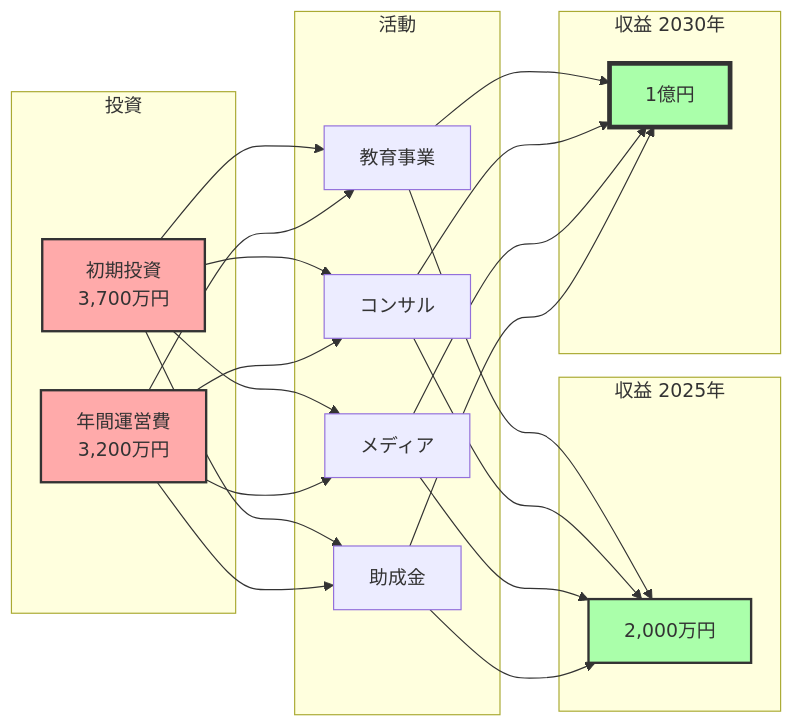
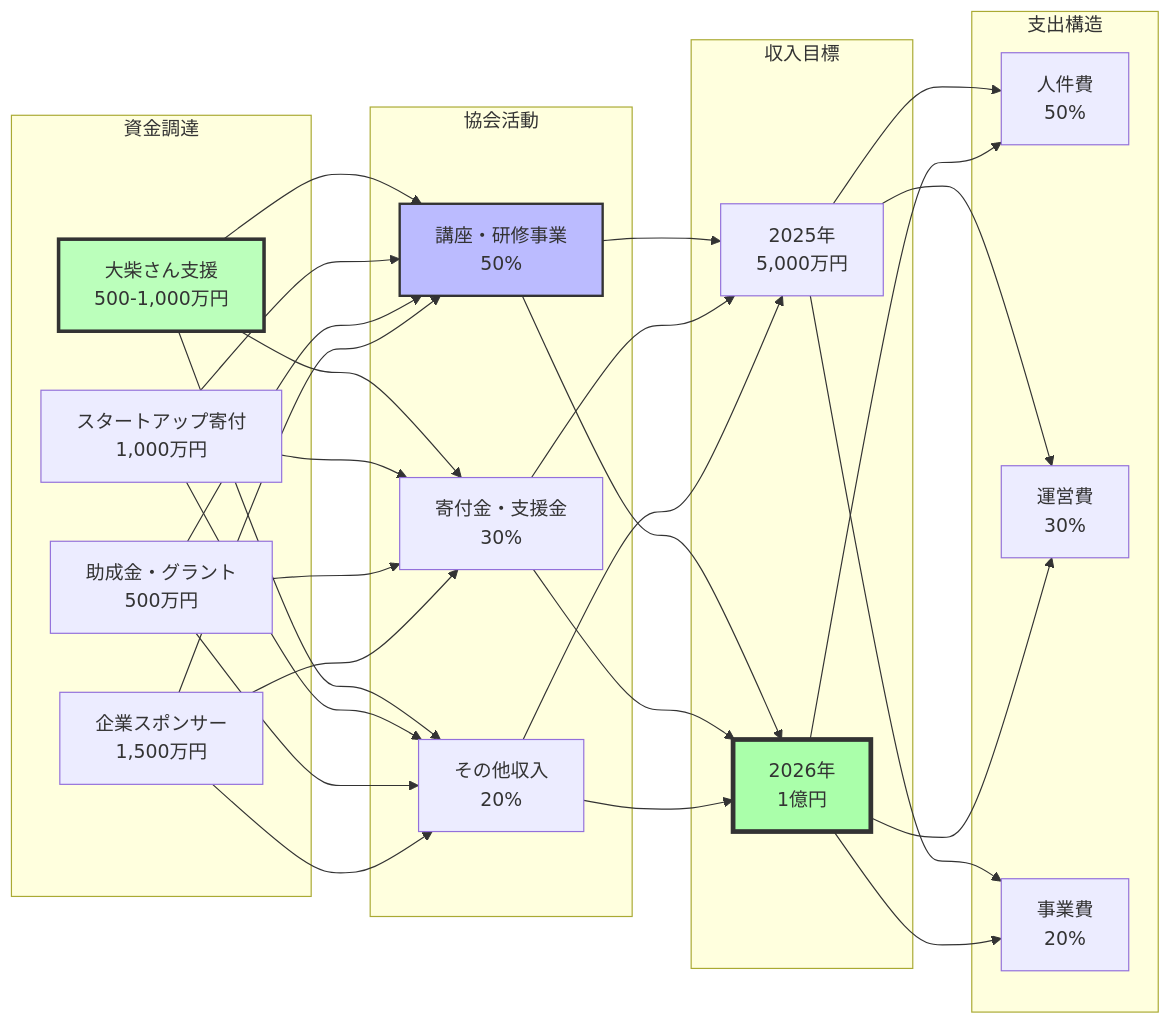
Before and after one commit to masudamasuda/AI_Mental_Self_Care: the fourth of 6 diagrams in AI-mental-health-integration-master.md, drawn with Mermaid. The commit also changed other lines of this file, not shown here.

````diff
--- a/AI-mental-health-integration-master.md
+++ b/AI-mental-health-integration-master.md
@@ -943,39 +1003,38 @@
 ```mermaid
 flowchart LR
-    subgraph "投資"
-        I1[初期投資<br/>3,700万円]
-        I2[年間運営費<br/>3,200万円]
+    subgraph "資金調達"
+        F1[大柴さん支援<br/>500-1,000万円]
+        F2[スタートアップ寄付<br/>1,000万円]
+        F3[助成金・グラント<br/>500万円]
+        F4[企業スポンサー<br/>1,500万円]
     end
     
-    subgraph "活動"
-        A1[教育事業]
-        A2[コンサル]
-        A3[メディア]
-        A4[助成金]
+    subgraph "協会活動"
+        A1[講座・研修事業<br/>50%]
+        A2[寄付金・支援金<br/>30%]
+        A3[その他収入<br/>20%]
     end
     
-    subgraph "収益 2025年"
-        R1[2,000万円]
+    subgraph "支出構造"
+        C1[人件費<br/>50%]
+        C2[運営費<br/>30%]
+        C3[事業費<br/>20%]
     end
     
-    subgraph "収益 2030年"
-        R2[1億円]
+    subgraph "収入目標"
+        R1[2025年<br/>5,000万円]
+        R2[2026年<br/>1億円]
     end
     
-    I1 --> A1 & A2 & A3 & A4
-    I2 --> A1 & A2 & A3 & A4
-    A1 --> R1
-    A2 --> R1
-    A3 --> R1
-    A4 --> R1
+    F1 & F2 & F3 & F4 --> A1 & A2 & A3
+    A1 --> R1 & R2
+    A2 --> R1 & R2
+    A3 --> R1 & R2
     
-    A1 --> R2
-    A2 --> R2
-    A3 --> R2
-    A4 --> R2
+    R1 --> C1 & C2 & C3
+    R2 --> C1 & C2 & C3
     
-    style I1 fill:#faa,stroke:#333,stroke-width:2px
-    style I2 fill:#faa,stroke:#333,stroke-width:2px
-    style R1 fill:#afa,stroke:#333,stroke-width:2px
+    style F1 fill:#bfb,stroke:#333,stroke-width:3px
+    style A1 fill:#bbf,stroke:#333,stroke-width:2px
     style R2 fill:#afa,stroke:#333,stroke-width:4px
 ```
````
